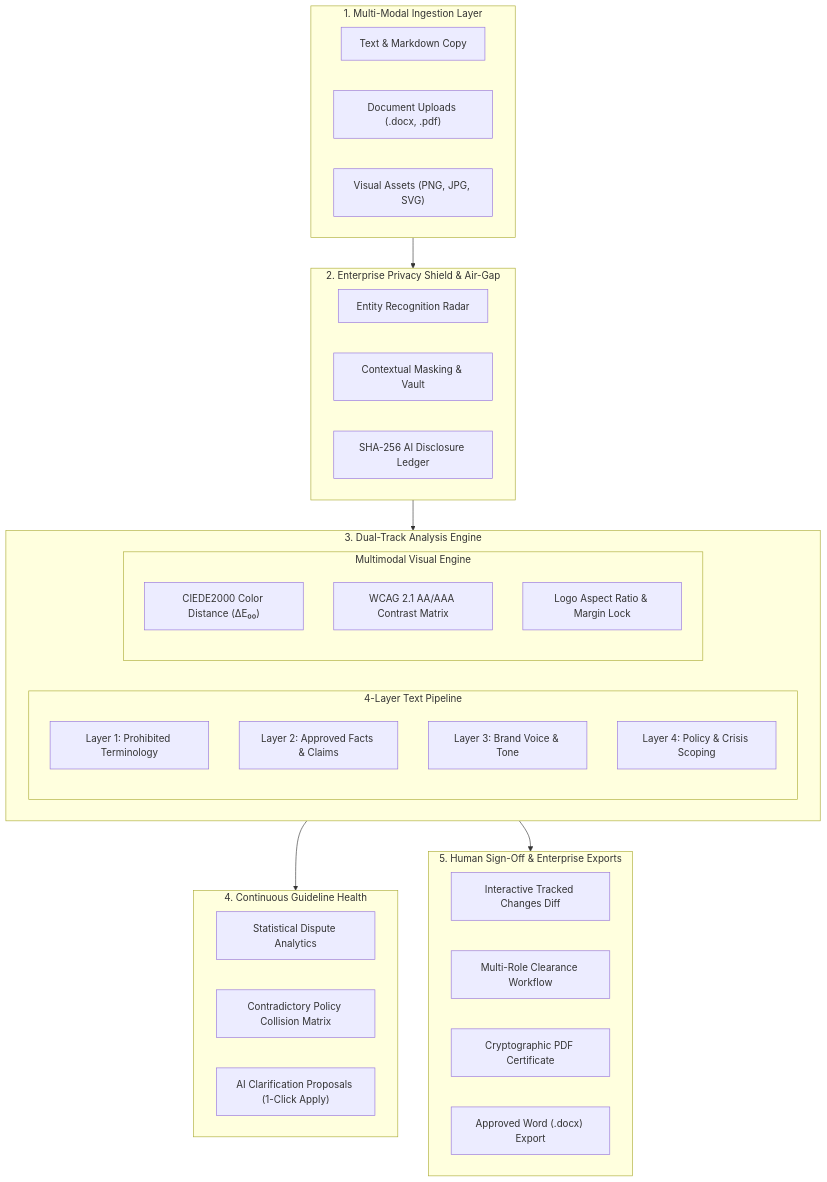
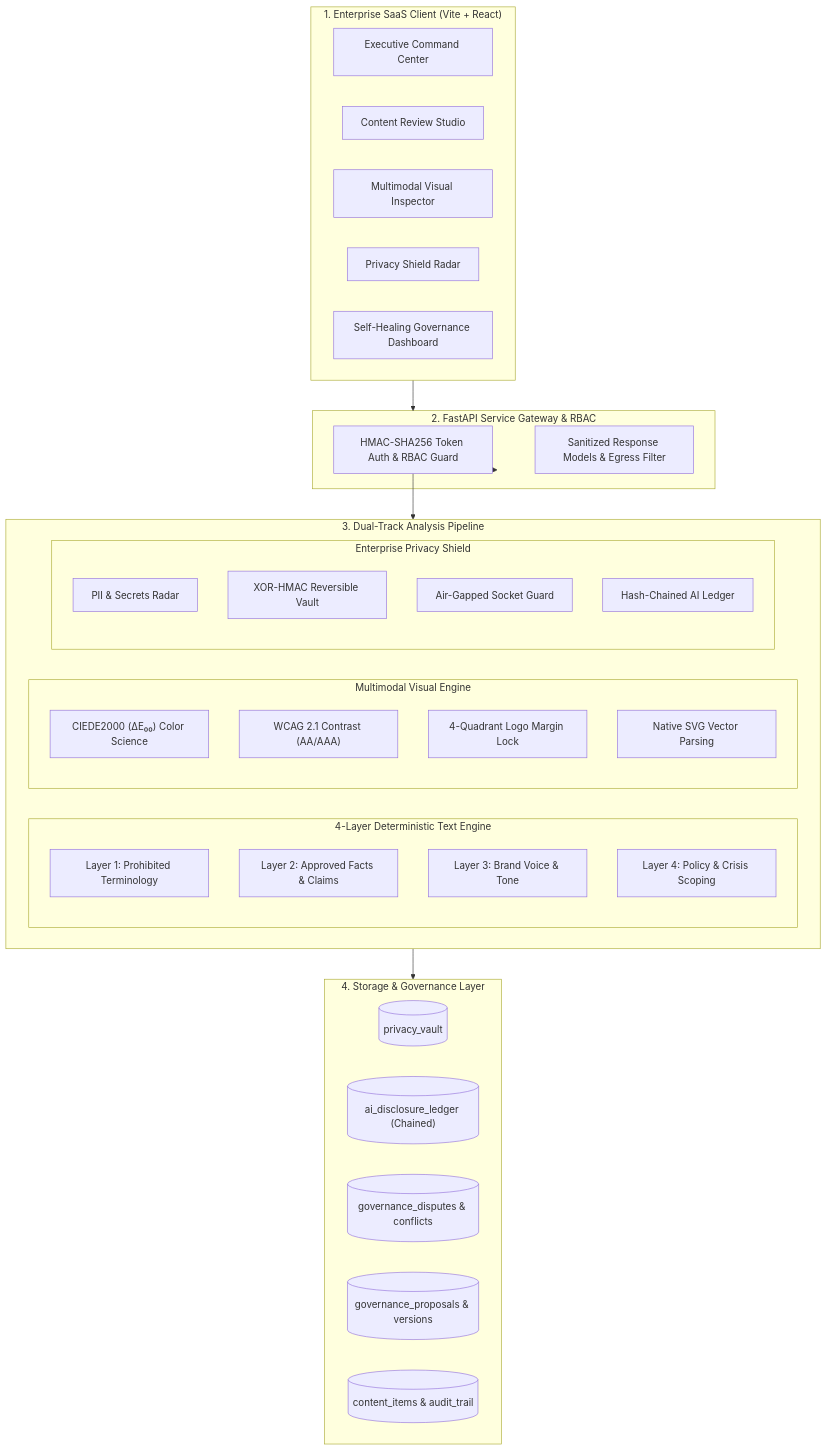
Before and after one commit to Rhythmuppal18/BrandGuard: the diagram in README.md, drawn with Mermaid. The commit also changed other lines of this file and 5 other files, not shown here.

````diff
--- a/README.md
+++ b/README.md
@@ -148,46 +159,48 @@
 ```mermaid
 flowchart TD
-    subgraph Ingestion["1. Multi-Modal Ingestion Layer"]
-        A1["Text & Markdown Copy"]
-        A2["Document Uploads (.docx, .pdf)"]
-        A3["Visual Assets (PNG, JPG, SVG)"]
+    subgraph Client["1. Enterprise SaaS Client (Vite + React)"]
+        UI1["Executive Command Center"]
+        UI2["Content Review Studio"]
+        UI3["Multimodal Visual Inspector"]
+        UI4["Privacy Shield Radar"]
+        UI5["Self-Healing Governance Dashboard"]
     end
 
-    subgraph PrivacyShield["2. Enterprise Privacy Shield & Air-Gap"]
-        B1["Entity Recognition Radar"]
-        B2["Contextual Masking & Vault"]
-        B3["SHA-256 AI Disclosure Ledger"]
+    subgraph Gateway["2. FastAPI Service Gateway & RBAC"]
+        Auth["HMAC-SHA256 Token Auth & RBAC Guard"]
+        Sanitize["Sanitized Response Models & Egress Filter"]
     end
 
-    subgraph GovernanceEngine["3. Dual-Track Analysis Engine"]
-        subgraph TextEngine["4-Layer Text Pipeline"]
-            C1["Layer 1: Prohibited Terminology"]
-            C2["Layer 2: Approved Facts & Claims"]
-            C3["Layer 3: Brand Voice & Tone"]
-            C4["Layer 4: Policy & Crisis Scoping"]
+    subgraph InspectionEngines["3. Dual-Track Analysis Pipeline"]
+        subgraph TextEngine["4-Layer Deterministic Text Engine"]
+            L1["Layer 1: Prohibited Terminology"]
+            L2["Layer 2: Approved Facts & Claims"]
+            L3["Layer 3: Brand Voice & Tone"]
+            L4["Layer 4: Policy & Crisis Scoping"]
         end
         subgraph VisualEngine["Multimodal Visual Engine"]
-            D1["CIEDE2000 Color Distance (ΔE₀₀)"]
-            D2["WCAG 2.1 AA/AAA Contrast Matrix"]
-            D3["Logo Aspect Ratio & Margin Lock"]
+            V1["CIEDE2000 (ΔE₀₀) Color Science"]
+            V2["WCAG 2.1 Contrast (AA/AAA)"]
+            V3["4-Quadrant Logo Margin Lock"]
+            V4["Native SVG Vector Parsing"]
+        end
+        subgraph PrivacyEngine["Enterprise Privacy Shield"]
+            P1["PII & Secrets Radar"]
+            P2["XOR-HMAC Reversible Vault"]
+            P3["Air-Gapped Socket Guard"]
+            P4["Hash-Chained AI Ledger"]
         end
     end
 
-    subgraph SelfHealing["4. Continuous Guideline Health"]
-        E1["Statistical Dispute Analytics"]
-        E2["Contradictory Policy Collision Matrix"]
-        E3["AI Clarification Proposals (1-Click Apply)"]
+    subgraph Persistence["4. Storage & Governance Layer"]
+        DB1[("privacy_vault")]
+        DB2[("ai_disclosure_ledger (Chained)")]
+        DB3[("governance_disputes & conflicts")]
+        DB4[("governance_proposals & versions")]
+        DB5[("content_items & audit_trail")]
     end
 
-    subgraph Clearance["5. Human Sign-Off & Enterprise Exports"]
-        F1["Interactive Tracked Changes Diff"]
-        F2["Multi-Role Clearance Workflow"]
-        F3["Cryptographic PDF Certificate"]
-        F4["Approved Word (.docx) Export"]
-    end
-
-    Ingestion --> PrivacyShield
-    PrivacyShield --> GovernanceEngine
-    GovernanceEngine --> SelfHealing
-    GovernanceEngine --> Clearance
+    Client --> Gateway
+    Gateway --> Auth --> InspectionEngines
+    InspectionEngines --> Persistence
 ```
````
